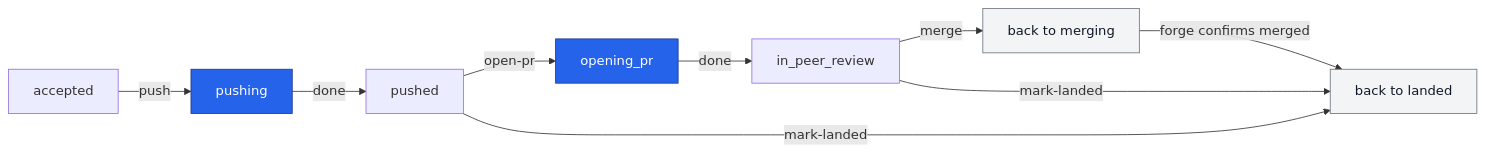
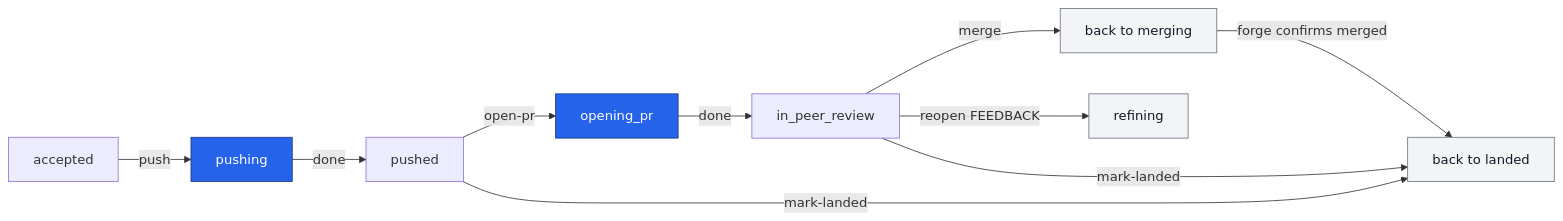
Before and after one commit to codeguru42/tasker: the sixth of 9 diagrams in docs/statemachine.md, drawn with Mermaid. The commit also changed other lines of this file, not shown here.

Commit message:
docs: Show the peer review reopen state change

````diff
--- a/docs/statemachine.md
+++ b/docs/statemachine.md
@@ -180,16 +180,17 @@
 ```mermaid
 flowchart LR
   AC[accepted] -->|push| PG[pushing]
   PG -->|done| PU[pushed]
   PU -->|open-pr| OP[opening_pr]
   OP -->|done| PR[in_peer_review]
   PR -->|merge| MG[back to merging]
+  PR -->|reopen FEEDBACK| RF[refining]
   MG -->|forge confirms merged| L[back to landed]
   PU -->|mark-landed| L[back to landed]
   PR -->|mark-landed| L
 
   classDef spawn fill:#2563eb,color:#fff,stroke:#1e3a8a;
   classDef exit fill:#f3f4f6,color:#111827,stroke:#6b7280;
   class PG,OP spawn;
-  class MG,L exit;
+  class MG,L,RF exit;
 ```
````
